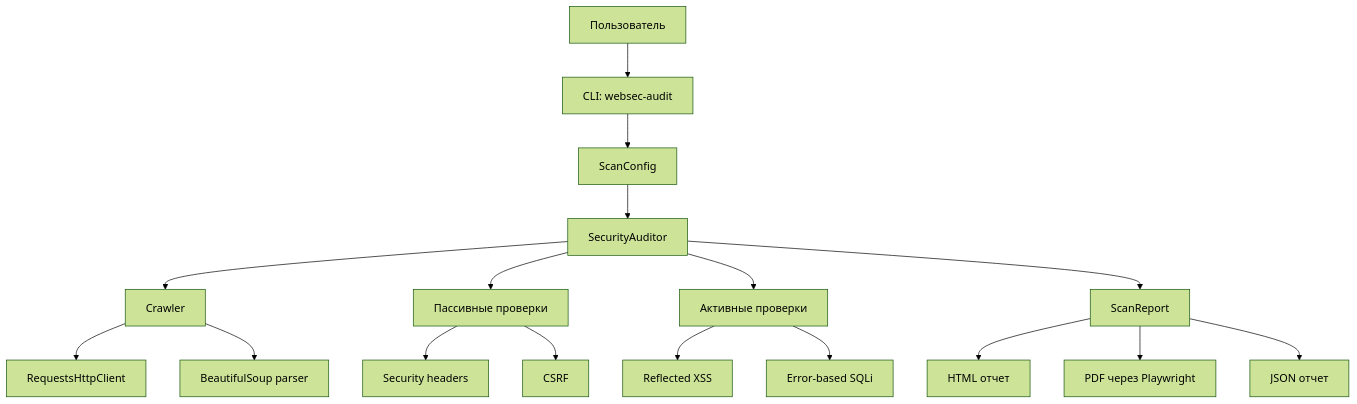
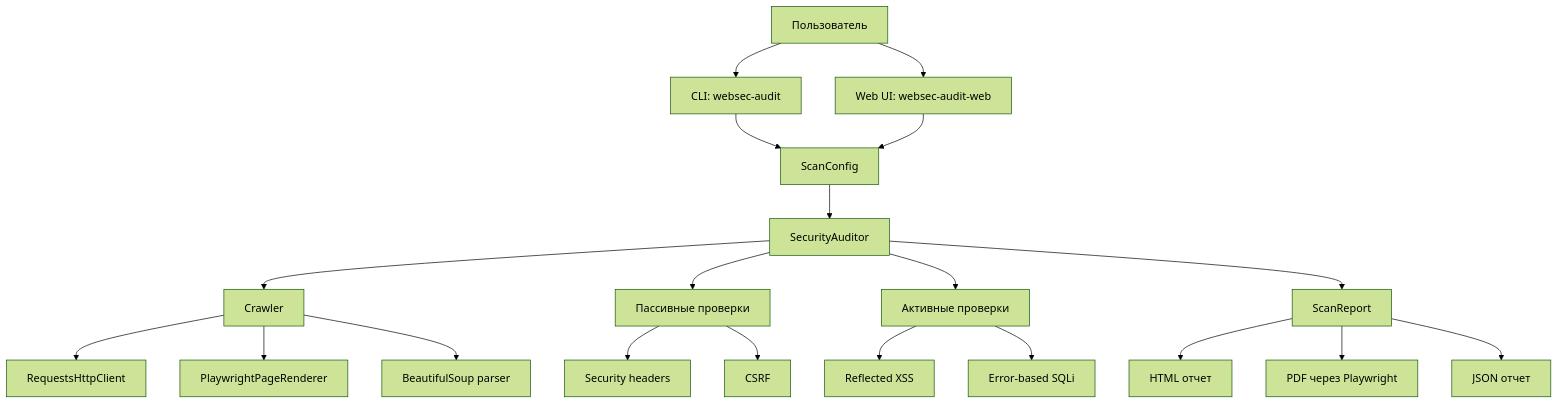
One commit to holhalovaa/web-security-audit changed the diagram in docs/architecture.md. Above: the diagram before and after it, drawn with Mermaid (forest theme). The commit also changed other lines of this file and 14 other files, not shown here.

````diff
--- a/docs/architecture.md
+++ b/docs/architecture.md
@@ -9,19 +9,22 @@
 ```mermaid
 flowchart TD
     User["Пользователь"] --> CLI["CLI: websec-audit"]
+    User --> Web["Web UI: websec-audit-web"]
     CLI --> Config["ScanConfig"]
+    Web --> Config
     Config --> Auditor["SecurityAuditor"]
     Auditor --> Crawler["Crawler"]
     Crawler --> Client["RequestsHttpClient"]
+    Crawler --> Browser["PlaywrightPageRenderer"]
     Crawler --> Parser["BeautifulSoup parser"]
     Auditor --> Passive["Пассивные проверки"]
     Auditor --> Active["Активные проверки"]
     Passive --> Headers["Security headers"]
     Passive --> CSRF["CSRF"]
     Active --> XSS["Reflected XSS"]
     Active --> SQLi["Error-based SQLi"]
     Auditor --> Report["ScanReport"]
     Report --> HTML["HTML отчет"]
     Report --> PDF["PDF через Playwright"]
     Report --> JSON["JSON отчет"]
 ```
````
